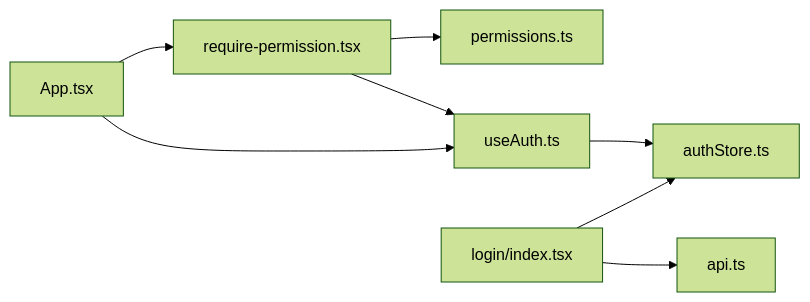
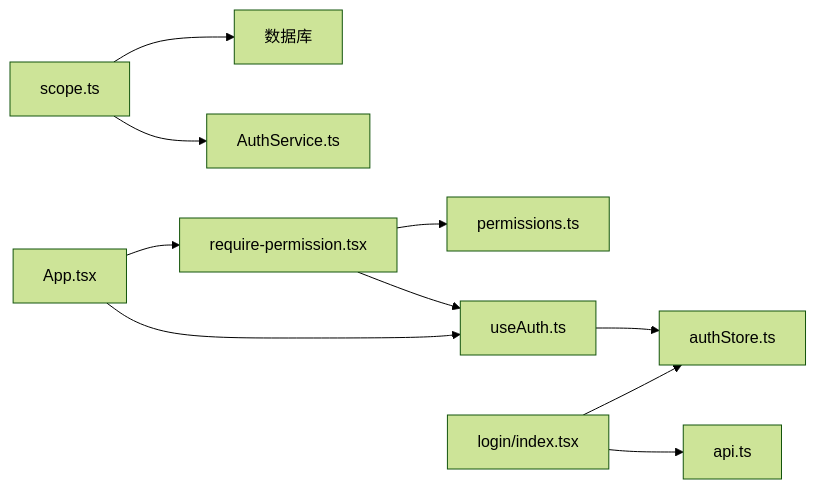
The eighth of 8 diagrams in .qoder/repowiki/zh/content/安全指南/认证与授权安全.md (Damao997/newproject), drawn with Mermaid (forest theme) before and after one commit. The commit also changed other lines of this file and 118 other files, not shown here.

````diff
--- a/.qoder/repowiki/zh/content/安全指南/认证与授权安全.md
+++ b/.qoder/repowiki/zh/content/安全指南/认证与授权安全.md
@@ -308,10 +402,12 @@
 ```mermaid
 graph LR
 useAuth["useAuth.ts"] --> authStore["authStore.ts"]
 requirePerm["require-permission.tsx"] --> useAuth
 requirePerm --> permissions["permissions.ts"]
 loginPage["login/index.tsx"] --> api["api.ts"]
 loginPage --> authStore
 app["App.tsx"] --> useAuth
 app --> requirePerm
+scopeMiddleware["scope.ts"] --> authService["AuthService.ts"]
+scopeMiddleware --> db["数据库"]
 ```
````
